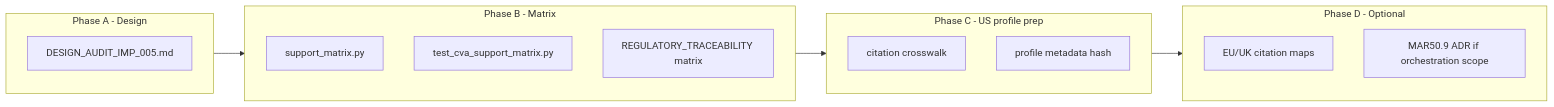
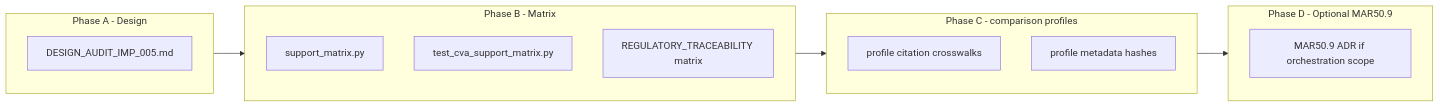
Before and after one commit to tomanizer/frtb-capital: the diagram in docs/modules/frtb-cva/DESIGN_AUDIT_IMP_005.md, drawn with Mermaid. The commit also changed other lines of this file and 48 other files, not shown here.

````diff
--- a/docs/modules/frtb-cva/DESIGN_AUDIT_IMP_005.md
+++ b/docs/modules/frtb-cva/DESIGN_AUDIT_IMP_005.md
@@ -322,20 +331,19 @@
 ```mermaid
 flowchart LR
   subgraph phaseA [Phase A - Design]
     D1[DESIGN_AUDIT_IMP_005.md]
   end
   subgraph phaseB [Phase B - Matrix]
     M1[support_matrix.py]
     M2[test_cva_support_matrix.py]
     M3[REGULATORY_TRACEABILITY matrix]
   end
-  subgraph phaseC [Phase C - US profile prep]
-    U1[citation crosswalk]
-    U2[profile metadata hash]
+  subgraph phaseC [Phase C - comparison profiles]
+    U1[profile citation crosswalks]
+    U2[profile metadata hashes]
   end
-  subgraph phaseD [Phase D - Optional]
-    E1[EU/UK citation maps]
+  subgraph phaseD [Phase D - Optional MAR50.9]
     O1[MAR50.9 ADR if orchestration scope]
   end
   phaseA --> phaseB --> phaseC --> phaseD
 ```
````
